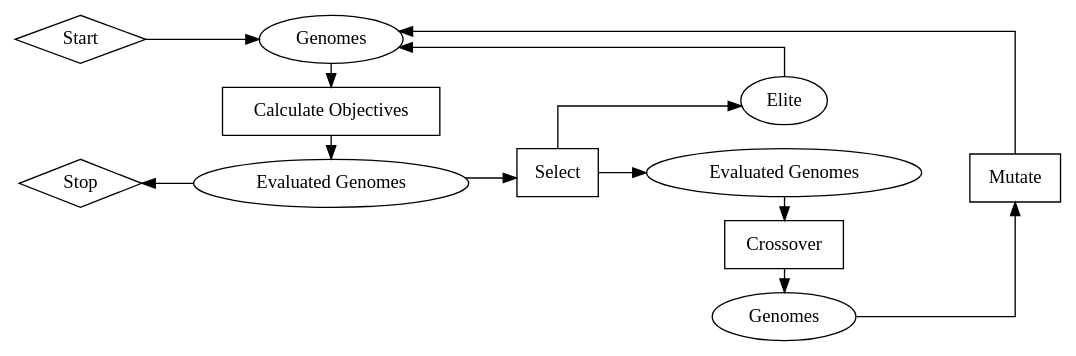
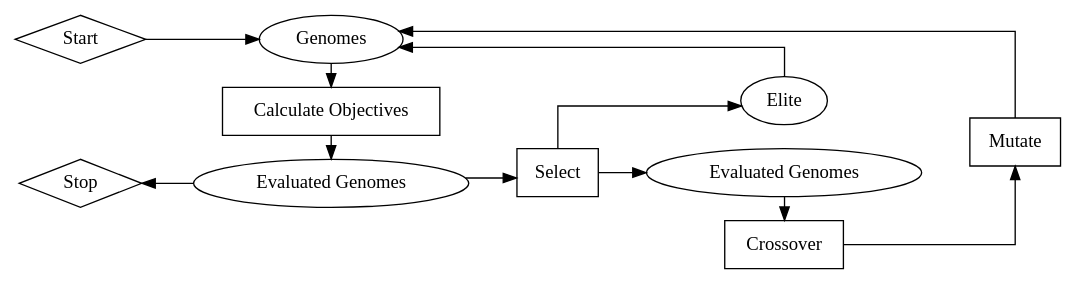
Before and after one commit to Lexer747/axl626: the diagram in analysis/figures/GA.dot, drawn with Graphviz. The commit also changed 3 other files, not shown here.

Commit message:
more writeup, fixed GA diagram

```diff
--- a/analysis/figures/GA.dot
+++ b/analysis/figures/GA.dot
@@ -1,35 +1,33 @@
 digraph G {
 
     graph [splines=ortho]
     rankdir = LR;
 
     Start [shape=diamond];
     Select [shape=rect];
     Crossover [shape=rect];
     Mutate [shape=rect];
     Stop [shape=diamond];
-    Genomes1 [label="Genomes"];
-    Genomes2 [label="Genomes"];
+    Genomes [label="Genomes"];
     Elite;
     Objective [label="Calculate Objectives", shape=rect];
     Evaluated1 [label="Evaluated Genomes"];
     Evaluated2 [label="Evaluated Genomes"];
 
     {rank = same; Start; Stop}
-    {rank = same; Genomes1; Objective; Evaluated1}
-    {rank = same; Genomes2; Crossover; Evaluated2}
+    {rank = same; Genomes; Objective; Evaluated1}
+    {rank = same; Crossover; Evaluated2}
 
-    Start -> Genomes1;
-    Genomes1 -> Objective;
+    Start -> Genomes;
+    Genomes -> Objective;
     Objective -> Evaluated1;
     Evaluated1 -> Stop;
     Evaluated1 -> Select;
     Select -> Elite;
     Select -> Evaluated2;
-    Elite -> Genomes1;
+    Elite -> Genomes;
     Evaluated2 -> Crossover;
-    Crossover -> Genomes2;
-    Genomes2 -> Mutate;
-    Mutate -> Genomes1;
+    Crossover -> Mutate;
+    Mutate -> Genomes;
 
 }
```
